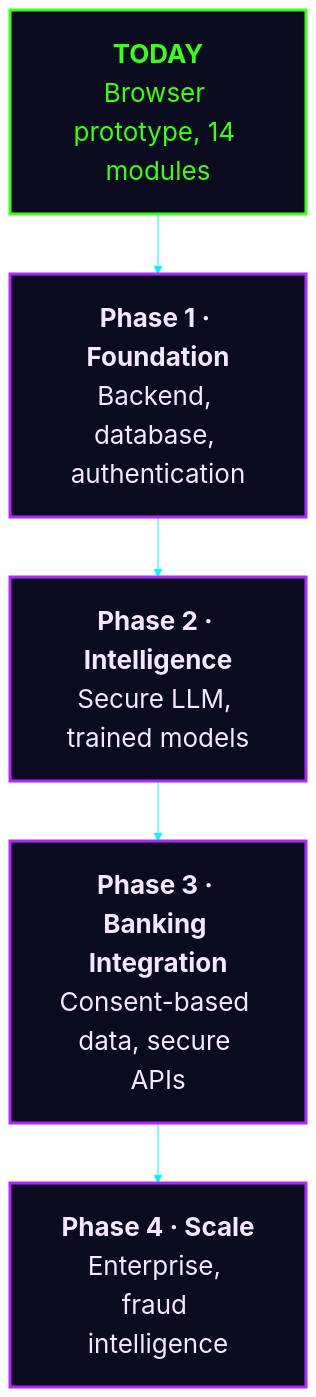
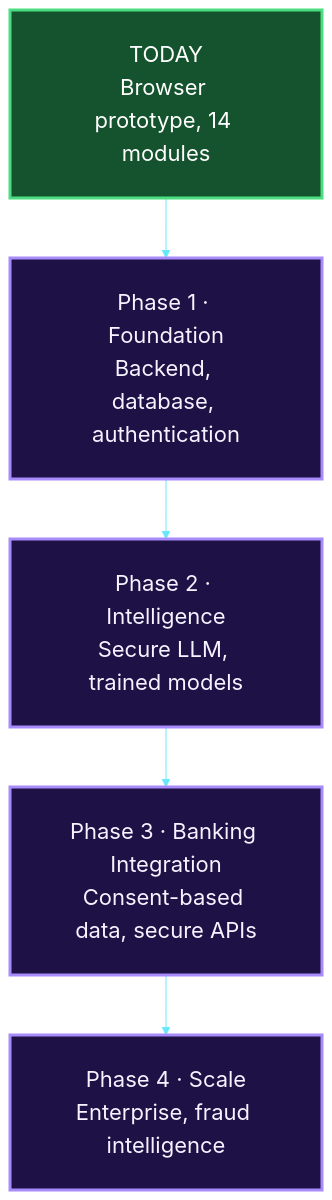
Diagram 13 of 13 in README.md (Mansi232323/MANSHORA), drawn with Mermaid before and after one commit. The commit also changed other lines of this file, not shown here.

````diff
--- a/README.md
+++ b/README.md
@@ -548,14 +553,14 @@
 ```mermaid
-%%{init: {'theme':'base','themeVariables':{'fontSize':'26px','lineColor':'#00f5ff','clusterBkg':'#0b0b1f','clusterBorder':'#ff00e5','titleColor':'#ff00e5','edgeLabelBackground':'#0b0b1f'},'flowchart':{'nodeSpacing':40,'rankSpacing':60,'padding':24,'htmlLabels':true}}}%%
+%%{init: {'theme':'base','themeVariables':{'fontSize':'22px','fontFamily':'Arial, Helvetica, sans-serif','lineColor':'#67e8f9','clusterBkg':'#0f0f2b','clusterBorder':'#a78bfa','titleColor':'#e9d5ff','edgeLabelBackground':'#0f0f2b'},'flowchart':{'nodeSpacing':45,'rankSpacing':60,'padding':28,'htmlLabels':false,'useMaxWidth':true}}}%%
 flowchart TB
-    P0["<b>TODAY</b><br/>Browser prototype, 14 modules"]
-    P1["<b>Phase 1 · Foundation</b><br/>Backend, database, authentication"]
-    P2["<b>Phase 2 · Intelligence</b><br/>Secure LLM, trained models"]
-    P3["<b>Phase 3 · Banking Integration</b><br/>Consent-based data, secure APIs"]
-    P4["<b>Phase 4 · Scale</b><br/>Enterprise, fraud intelligence"]
+    P0["TODAY<br/>Browser prototype, 14 modules"]
+    P1["Phase 1 · Foundation<br/>Backend, database, authentication"]
+    P2["Phase 2 · Intelligence<br/>Secure LLM, trained models"]
+    P3["Phase 3 · Banking Integration<br/>Consent-based data, secure APIs"]
+    P4["Phase 4 · Scale<br/>Enterprise, fraud intelligence"]
     P0 --> P1 --> P2 --> P3 --> P4
-    classDef done fill:#0b0b1f,stroke:#39ff14,stroke-width:3px,color:#39ff14
-    classDef next fill:#0b0b1f,stroke:#b026ff,stroke-width:3px,color:#f3e8ff
+    classDef done fill:#14532d,stroke:#4ade80,stroke-width:3px,color:#ffffff
+    classDef next fill:#1e1145,stroke:#a78bfa,stroke-width:3px,color:#f5f3ff
     class P0 done
     class P1,P2,P3,P4 next
 ```
````
